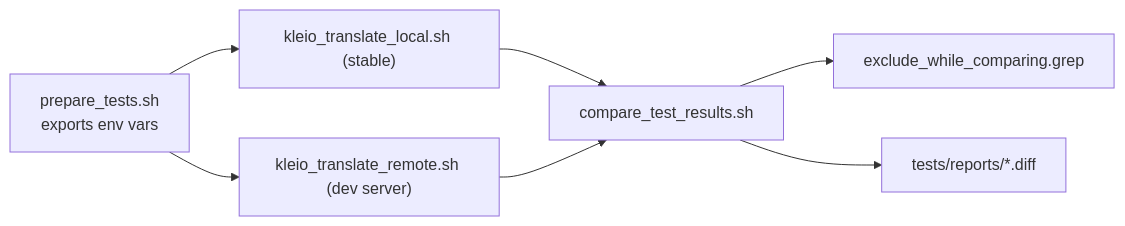
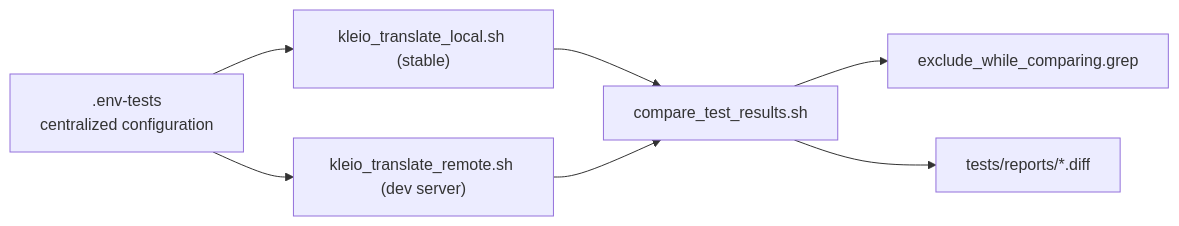
Before and after one commit to time-link/timelink-kleio: the sixth of 6 diagrams in .qoder/repowiki/en/content/Testing Framework/Testing Framework.md, drawn with Mermaid. The commit also changed other lines of this file and 189 other files, not shown here.

````diff
--- a/.qoder/repowiki/en/content/Testing Framework/Testing Framework.md
+++ b/.qoder/repowiki/en/content/Testing Framework/Testing Framework.md
@@ -275,9 +355,9 @@
 ```mermaid
 graph LR
-ENV["prepare_tests.sh<br/>exports env vars"] --> STABLE["kleio_translate_local.sh (stable)"]
+ENV[".env-tests<br/>centralized configuration"] --> STABLE["kleio_translate_local.sh (stable)"]
 ENV --> DEV["kleio_translate_remote.sh (dev server)"]
 STABLE --> COMPARE["compare_test_results.sh"]
 DEV --> COMPARE
 COMPARE --> FILTER["exclude_while_comparing.grep"]
 COMPARE --> REPORTS["tests/reports/*.diff"]
 ```
````
